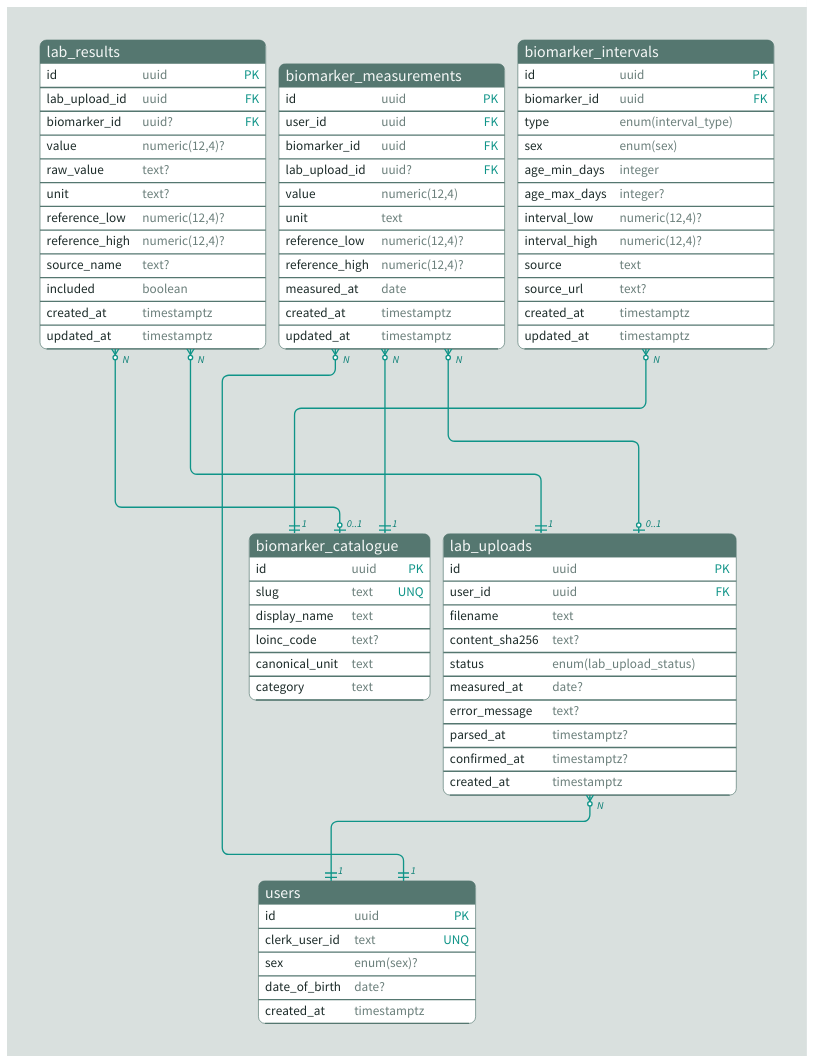
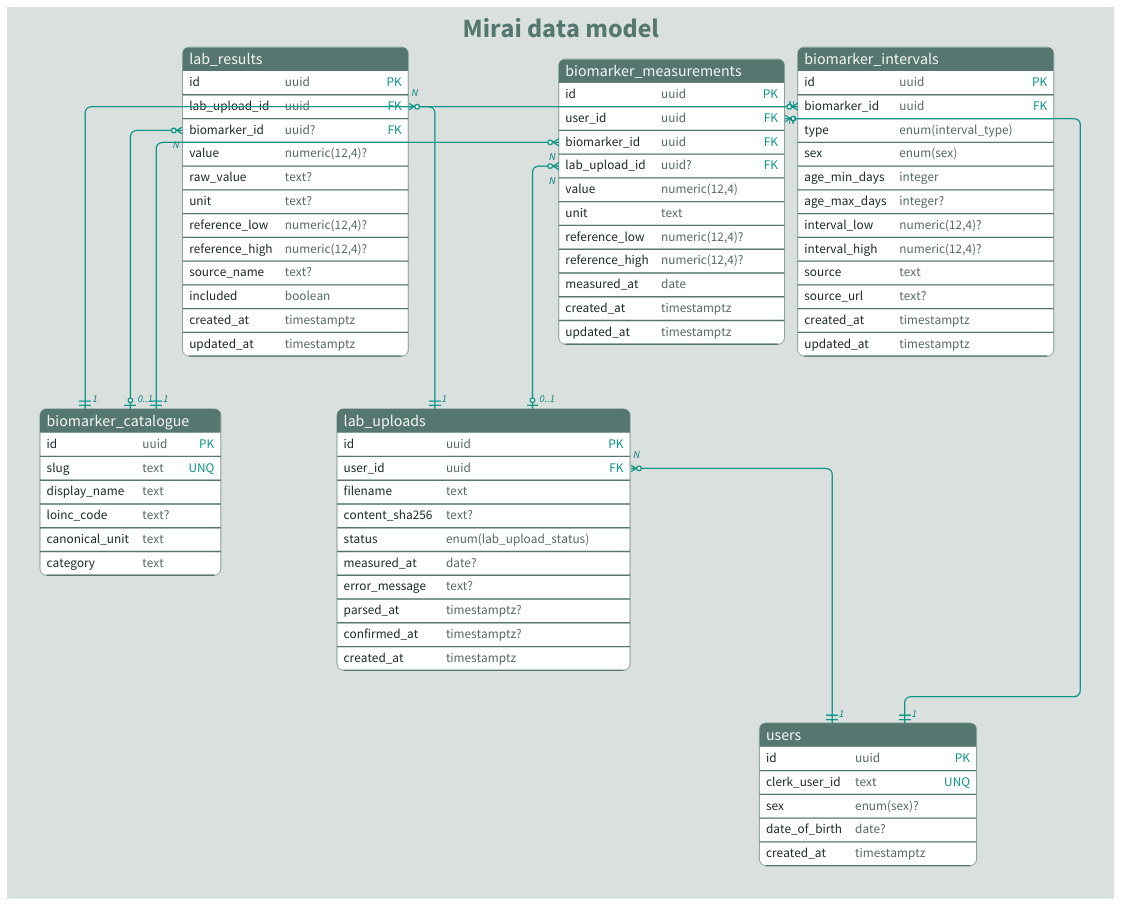
One commit to Skyvell/mirai changed the diagram in docs/database/er_diagram/er_diagram.d2. Above: the diagram before and after it, drawn with D2. The commit also changed 3 other files, not shown here.

Commit message:
docs(er-diagram): attach lines to FK rows, add title and live preview

```diff
--- a/docs/database/er_diagram/er_diagram.d2
+++ b/docs/database/er_diagram/er_diagram.d2
@@ -1,139 +1,142 @@
 vars: {
   d2-config: {
     layout-engine: elk
     dark-theme-id: 200
     pad: 0
     theme-overrides: {
       B4: "#d9e0de"
       N1: "#557770"
-      N2: "#6b7f7b"
+      N2: "#566a65"
       N7: "#ffffff"
       B1: "#0f9488"
       B2: "#1c2b29"
       AA2: "#0f9488"
     }
     dark-theme-overrides: {
-      B4: "#111413"
-      N1: "#16302b"
-      N2: "#9aa8a4"
-      N7: "#2c3431"
+      B4: "#1b1c1f"
+      N1: "#1f4d44"
+      N2: "#b3c2be"
+      N7: "#3a4945"
       B1: "#4fb3a3"
-      B2: "#e6ecea"
+      B2: "#eef3f1"
       AA2: "#6fcab9"
     }
   }
 }
 
 classes: {
   table: {
     shape: sql_table
     style: {
       border-radius: 10
       shadow: true
       stroke-width: 1
       font-color: "#f4f7f6"
     }
   }
   fk: {
     source-arrowhead: N {shape: cf-many; style.font-color: "#0b7f75"}
     target-arrowhead: 1 {shape: cf-one-required; style.font-color: "#0b7f75"}
     style.stroke-width: 2
   }
   optional: {
     target-arrowhead: 0..1 {shape: cf-one; style.font-color: "#0b7f75"}
   }
 }
 
-schema: "" {
+schema: Mirai data model {
   style: {
     stroke-width: 0
+    font-size: 40
+    font-color: "#557770"
+    bold: true
   }
 
   users: {
     class: table
     id: uuid {constraint: primary_key}
     clerk_user_id: text {constraint: unique}
     sex: enum(sex)?
     date_of_birth: date?
     created_at: timestamptz
   }
 
   biomarker_catalogue: {
     class: table
     id: uuid {constraint: primary_key}
     slug: text {constraint: unique}
     display_name: text
     loinc_code: text?
     canonical_unit: text
     category: text
   }
 
   lab_uploads: {
     class: table
     id: uuid {constraint: primary_key}
     user_id: uuid {constraint: foreign_key}
     filename: text
     content_sha256: text?
     status: enum(lab_upload_status)
     measured_at: date?
     error_message: text?
     parsed_at: timestamptz?
     confirmed_at: timestamptz?
     created_at: timestamptz
   }
 
   lab_results: {
     class: table
     id: uuid {constraint: primary_key}
     lab_upload_id: uuid {constraint: foreign_key}
     biomarker_id: uuid? {constraint: foreign_key}
     value: numeric(12,4)?
     raw_value: text?
     unit: text?
     reference_low: numeric(12,4)?
     reference_high: numeric(12,4)?
     source_name: text?
     included: boolean
     created_at: timestamptz
     updated_at: timestamptz
   }
 
   biomarker_measurements: {
     class: table
     id: uuid {constraint: primary_key}
     user_id: uuid {constraint: foreign_key}
     biomarker_id: uuid {constraint: foreign_key}
     lab_upload_id: uuid? {constraint: foreign_key}
     value: numeric(12,4)
     unit: text
     reference_low: numeric(12,4)?
     reference_high: numeric(12,4)?
     measured_at: date
     created_at: timestamptz
     updated_at: timestamptz
   }
 
   biomarker_intervals: {
     class: table
     id: uuid {constraint: primary_key}
     biomarker_id: uuid {constraint: foreign_key}
     type: enum(interval_type)
     sex: enum(sex)
     age_min_days: integer
     age_max_days: integer?
     interval_low: numeric(12,4)?
     interval_high: numeric(12,4)?
     source: text
     source_url: text?
     created_at: timestamptz
     updated_at: timestamptz
   }
 
-  lab_uploads <-> users: {class: fk}
-  biomarker_measurements <-> users: {class: fk}
-  biomarker_intervals <-> biomarker_catalogue: {class: fk}
-  lab_results <-> biomarker_catalogue: {class: [fk; optional]}
-  biomarker_measurements <-> biomarker_catalogue: {class: fk}
-  lab_results <-> lab_uploads: {class: fk}
-  biomarker_measurements <-> lab_uploads: {class: [fk; optional]}
+  lab_uploads.user_id <-> users: {class: fk}
+  biomarker_measurements.user_id <-> users: {class: fk}
+  biomarker_intervals.biomarker_id <-> biomarker_catalogue: {class: fk}
+  lab_results.biomarker_id <-> biomarker_catalogue: {class: [fk; optional]}
+  biomarker_measurements.biomarker_id <-> biomarker_catalogue: {class: fk}
+  lab_results.lab_upload_id <-> lab_uploads: {class: fk}
+  biomarker_measurements.lab_upload_id <-> lab_uploads: {class: [fk; optional]}
 }
```
